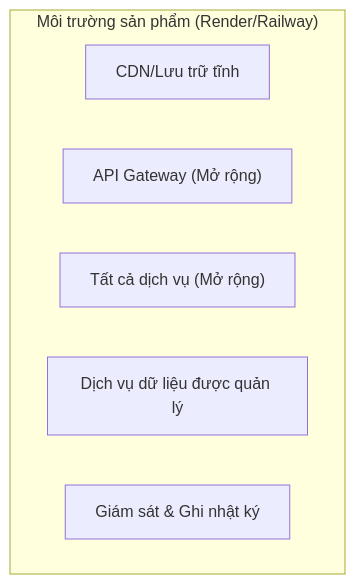
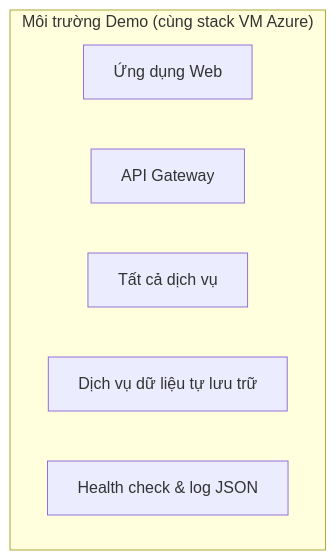
One commit to dut-pbl6-2026/job-platform-docs changed the seventh of 11 diagrams in docs/srs/vi/8-system-architecture.vi.md. Above: the diagram before and after it, drawn with Mermaid. The commit also changed other lines of this file and 20 other files, not shown here.

First line of the commit message:
docs(srs): sync Azure deploy target, health/logging, RBAC, CI (PBL6-44/49/50/51) (#9)

````diff
--- a/docs/srs/vi/8-system-architecture.vi.md
+++ b/docs/srs/vi/8-system-architecture.vi.md
@@ -390,10 +388,10 @@
 ```mermaid
 flowchart TB
-    subgraph Production["Môi trường sản phẩm (Render/Railway)"]
-        CDN["CDN/Lưu trữ tĩnh"]
-        Gateway["API Gateway (Mở rộng)"]
-        Services["Tất cả dịch vụ (Mở rộng)"]
-        Data["Dịch vụ dữ liệu được quản lý"]
-        Monitor["Giám sát & Ghi nhật ký"]
+    subgraph Production["Môi trường Demo (cùng stack VM Azure)"]
+        Web["Ứng dụng Web"]
+        Gateway["API Gateway"]
+        Services["Tất cả dịch vụ"]
+        Data["Dịch vụ dữ liệu tự lưu trữ"]
+        Monitor["Health check & log JSON"]
     end
 ```
````
